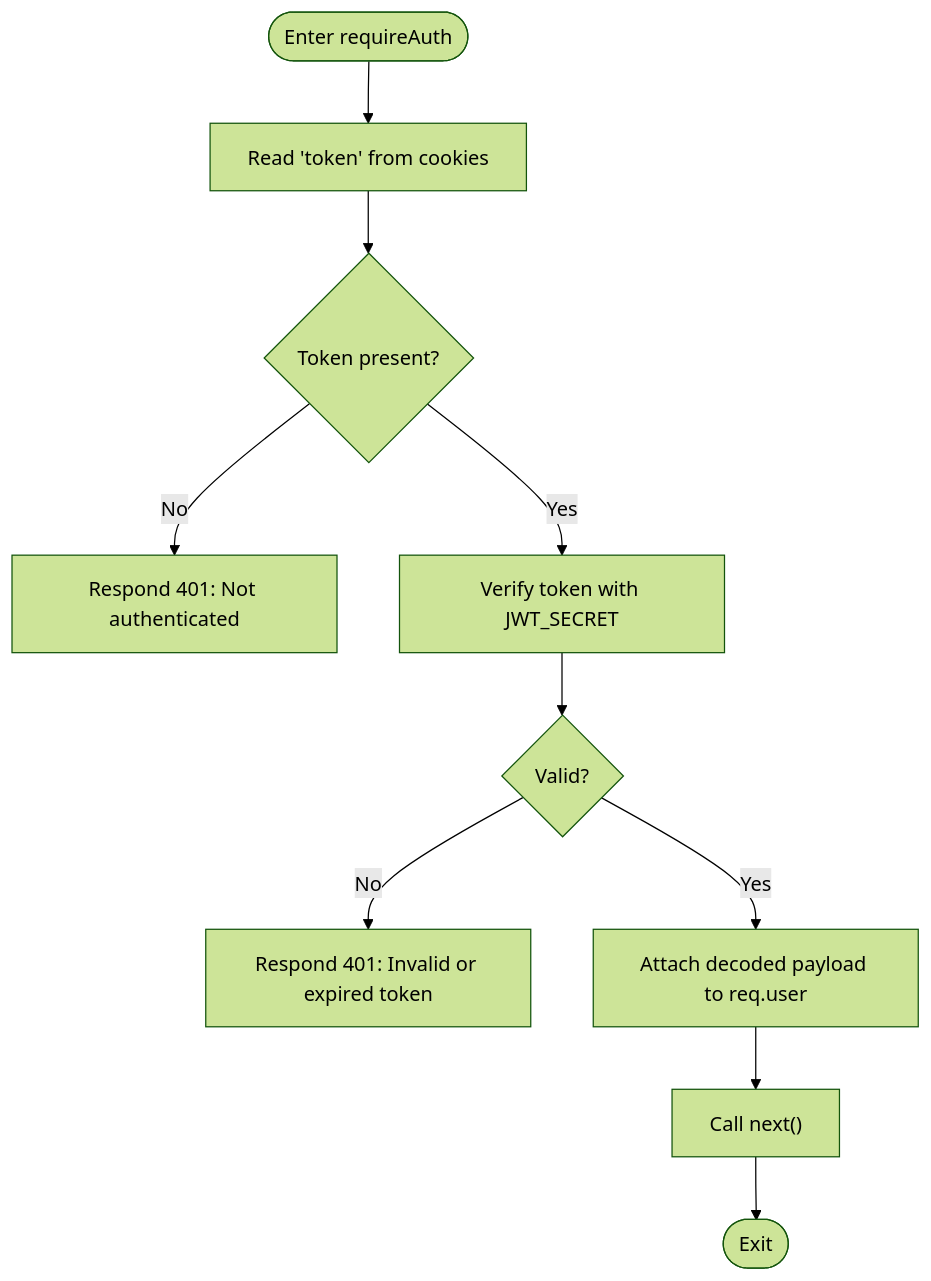
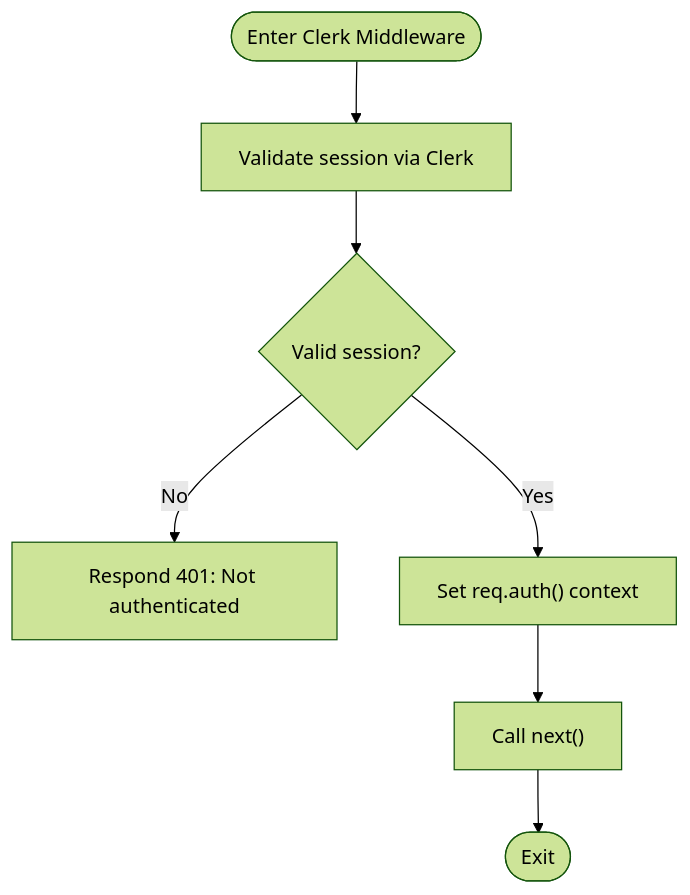
Before and after one commit to ZandileMkontwana/olympiad-portal: the third of 6 diagrams in .qoder/repowiki/en/content/Authentication & Authorization/Authentication Middleware.md, drawn with Mermaid (forest theme). The commit also changed other lines of this file and 16 other files, not shown here.

Commit message:
fix: test(backend): update tests for Clerk auth and Supabase storage

````diff
--- a/.qoder/repowiki/en/content/Authentication & Authorization/Authentication Middleware.md
+++ b/.qoder/repowiki/en/content/Authentication & Authorization/Authentication Middleware.md
@@ -118,12 +127,9 @@
 ```mermaid
 flowchart TD
-Start(["Enter requireAuth"]) --> CheckToken["Read 'token' from cookies"]
-CheckToken --> HasToken{"Token present?"}
-HasToken -- No --> Err401["Respond 401: Not authenticated"]
-HasToken -- Yes --> Verify["Verify token with JWT_SECRET"]
-Verify --> Verified{"Valid?"}
-Verified -- No --> Err401Exp["Respond 401: Invalid or expired token"]
-Verified -- Yes --> Attach["Attach decoded payload to req.user"]
-Attach --> Next["Call next()"]
+Start(["Enter Clerk Middleware"]) --> Validate["Validate session via Clerk"]
+Validate --> Valid{"Valid session?"}
+Valid -- No --> Err401["Respond 401: Not authenticated"]
+Valid -- Yes --> SetContext["Set req.auth() context"]
+SetContext --> Next["Call next()"]
 Next --> End(["Exit"])
 ```
````
